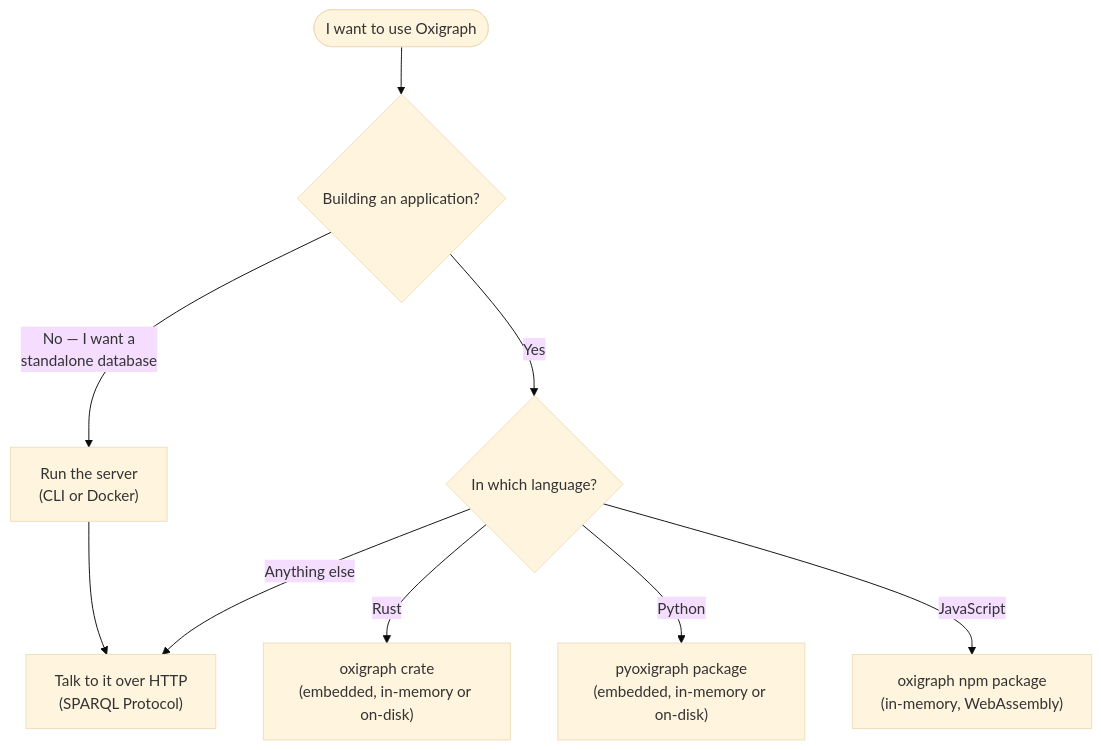
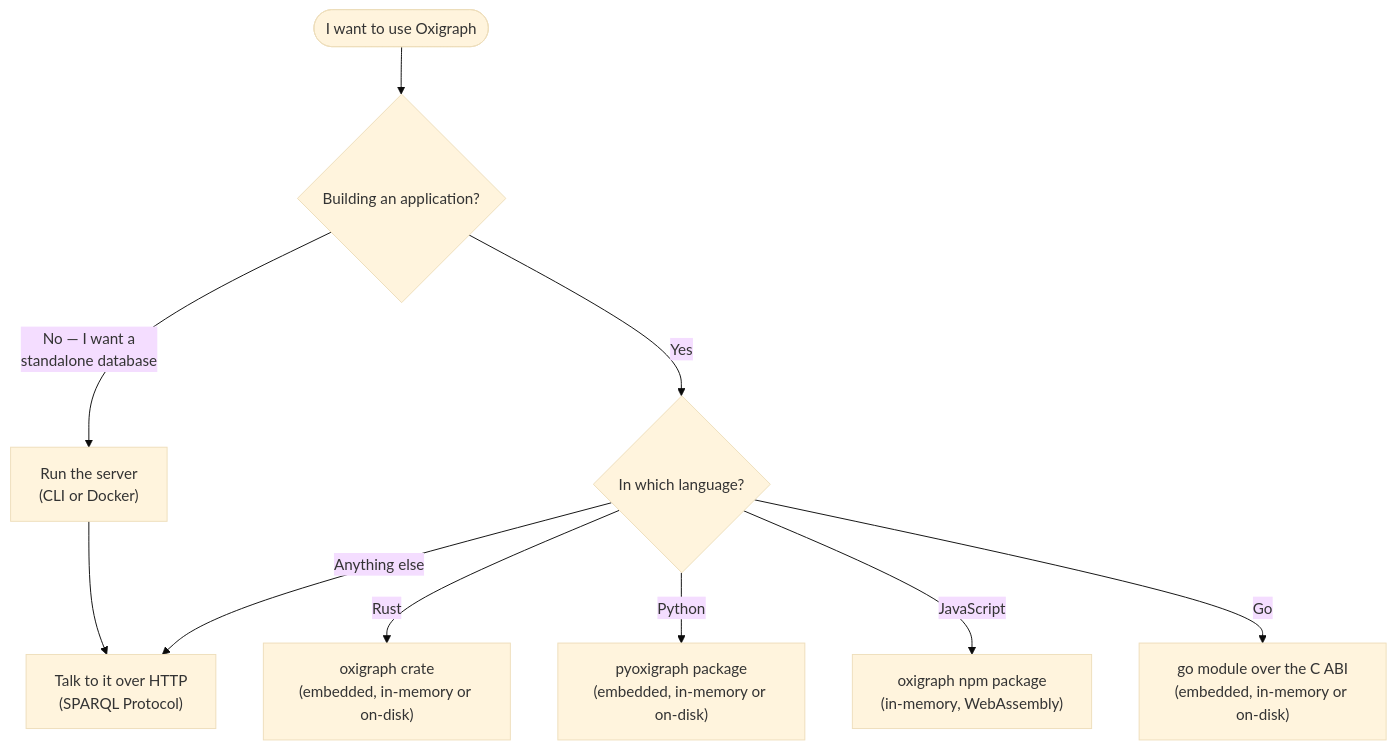
One commit to akeemphilbert/oxigraph changed the diagram in docs/users/README.md. Above: the diagram before and after it, drawn with Mermaid (base theme). The commit also changed other lines of this file and 5 other files, not shown here.

````diff
--- a/docs/users/README.md
+++ b/docs/users/README.md
@@ -19,11 +19,12 @@
 ```mermaid
 flowchart TD
     start([I want to use Oxigraph]) --> app{Building an application?}
     app -- "No — I want a<br/>standalone database" --> server["Run the server<br/>(CLI or Docker)"]
     server --> http["Talk to it over HTTP<br/>(SPARQL Protocol)"]
     app -- Yes --> lang{In which language?}
     lang -- Rust --> rust["oxigraph crate<br/>(embedded, in-memory or on-disk)"]
     lang -- Python --> python["pyoxigraph package<br/>(embedded, in-memory or on-disk)"]
     lang -- JavaScript --> js["oxigraph npm package<br/>(in-memory, WebAssembly)"]
+    lang -- Go --> golang["go module over the C ABI<br/>(embedded, in-memory or on-disk)"]
     lang -- "Anything else" --> http
 ```
````
